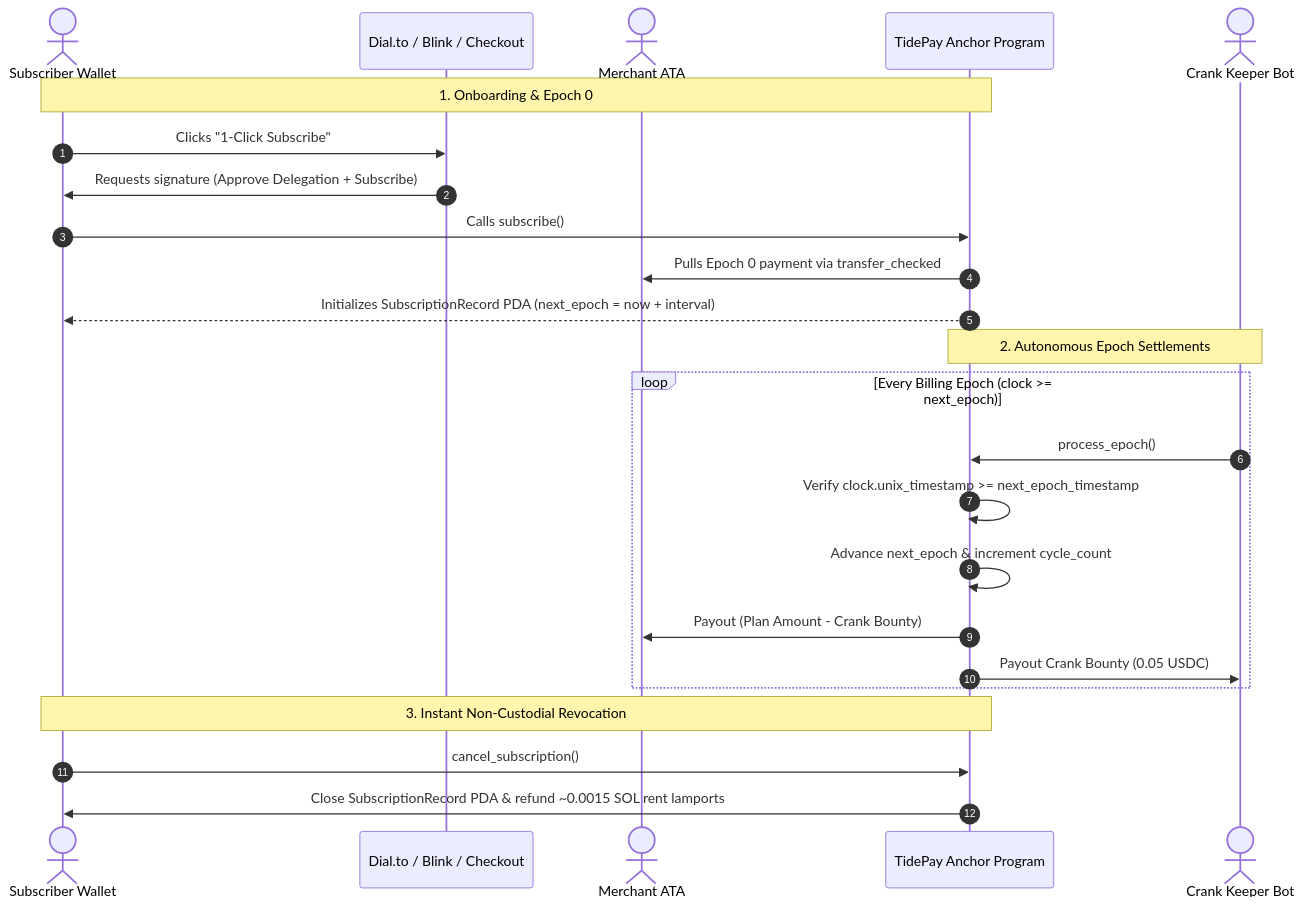
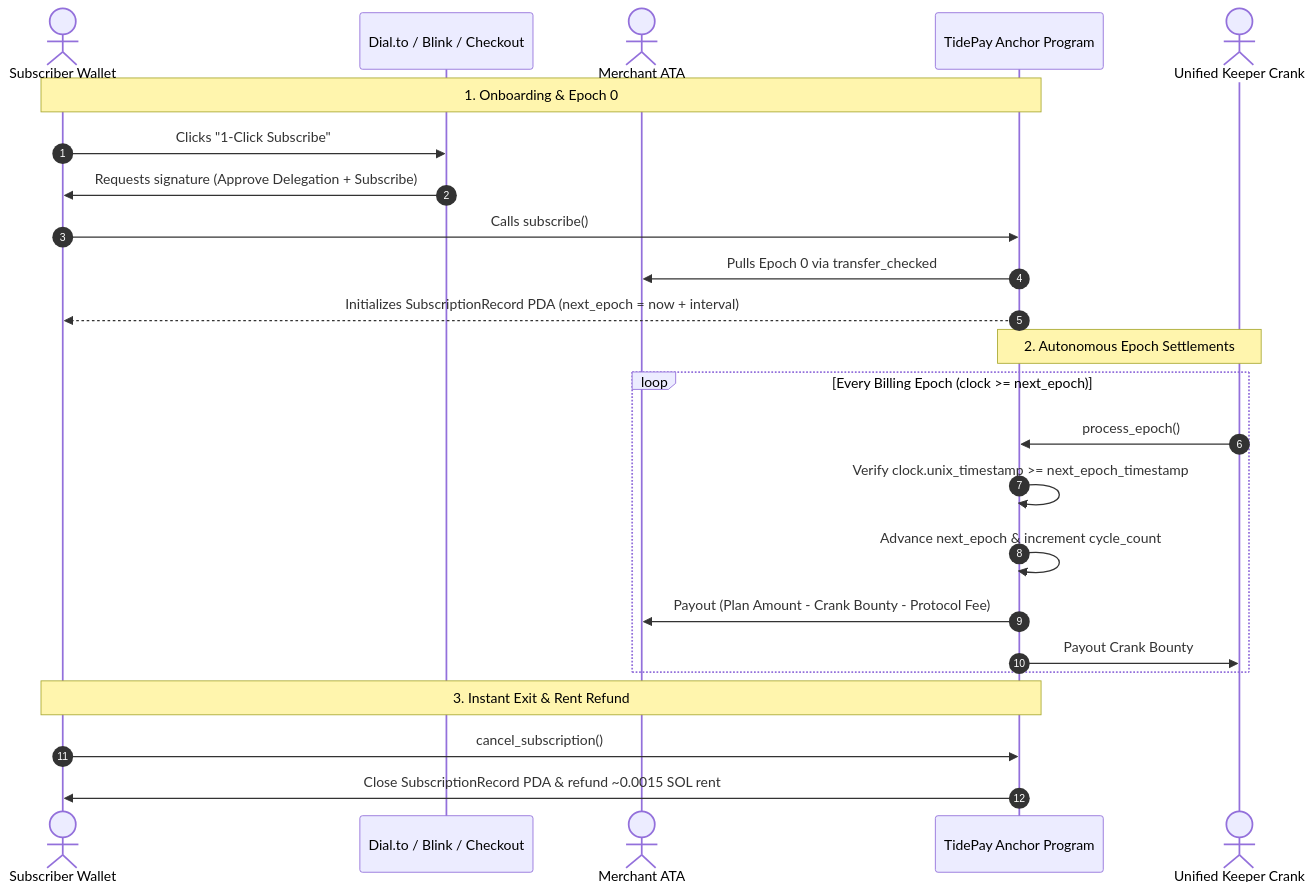
Before and after one commit to TeddyHuZz/tidepay: the first of 2 diagrams in README.md, drawn with Mermaid. The commit also changed other lines of this file, not shown here.

````diff
--- a/README.md
+++ b/README.md
@@ -116,29 +124,29 @@
 ```mermaid
 sequenceDiagram
     autonumber
     actor Customer as Subscriber Wallet
     participant Blink as Dial.to / Blink / Checkout
     actor Merchant as Merchant ATA
     participant Anchor as TidePay Anchor Program
-    actor Keeper as Crank Keeper Bot
+    actor Keeper as Unified Keeper Crank
 
     Note over Customer,Anchor: 1. Onboarding & Epoch 0
     Customer->>Blink: Clicks "1-Click Subscribe"
     Blink->>Customer: Requests signature (Approve Delegation + Subscribe)
     Customer->>Anchor: Calls subscribe()
-    Anchor->>Merchant: Pulls Epoch 0 payment via transfer_checked
+    Anchor->>Merchant: Pulls Epoch 0 via transfer_checked
     Anchor-->>Customer: Initializes SubscriptionRecord PDA (next_epoch = now + interval)
 
     Note over Anchor,Keeper: 2. Autonomous Epoch Settlements
     loop Every Billing Epoch (clock >= next_epoch)
         Keeper->>Anchor: process_epoch()
         Anchor->>Anchor: Verify clock.unix_timestamp >= next_epoch_timestamp
         Anchor->>Anchor: Advance next_epoch & increment cycle_count
-        Anchor->>Merchant: Payout (Plan Amount - Crank Bounty)
-        Anchor->>Keeper: Payout Crank Bounty (0.05 USDC)
+        Anchor->>Merchant: Payout (Plan Amount - Crank Bounty - Protocol Fee)
+        Anchor->>Keeper: Payout Crank Bounty
     end
 
-    Note over Customer,Anchor: 3. Instant Non-Custodial Revocation
+    Note over Customer,Anchor: 3. Instant Exit & Rent Refund
     Customer->>Anchor: cancel_subscription()
-    Anchor->>Customer: Close SubscriptionRecord PDA & refund ~0.0015 SOL rent lamports
+    Anchor->>Customer: Close SubscriptionRecord PDA & refund ~0.0015 SOL rent
 ```
````
